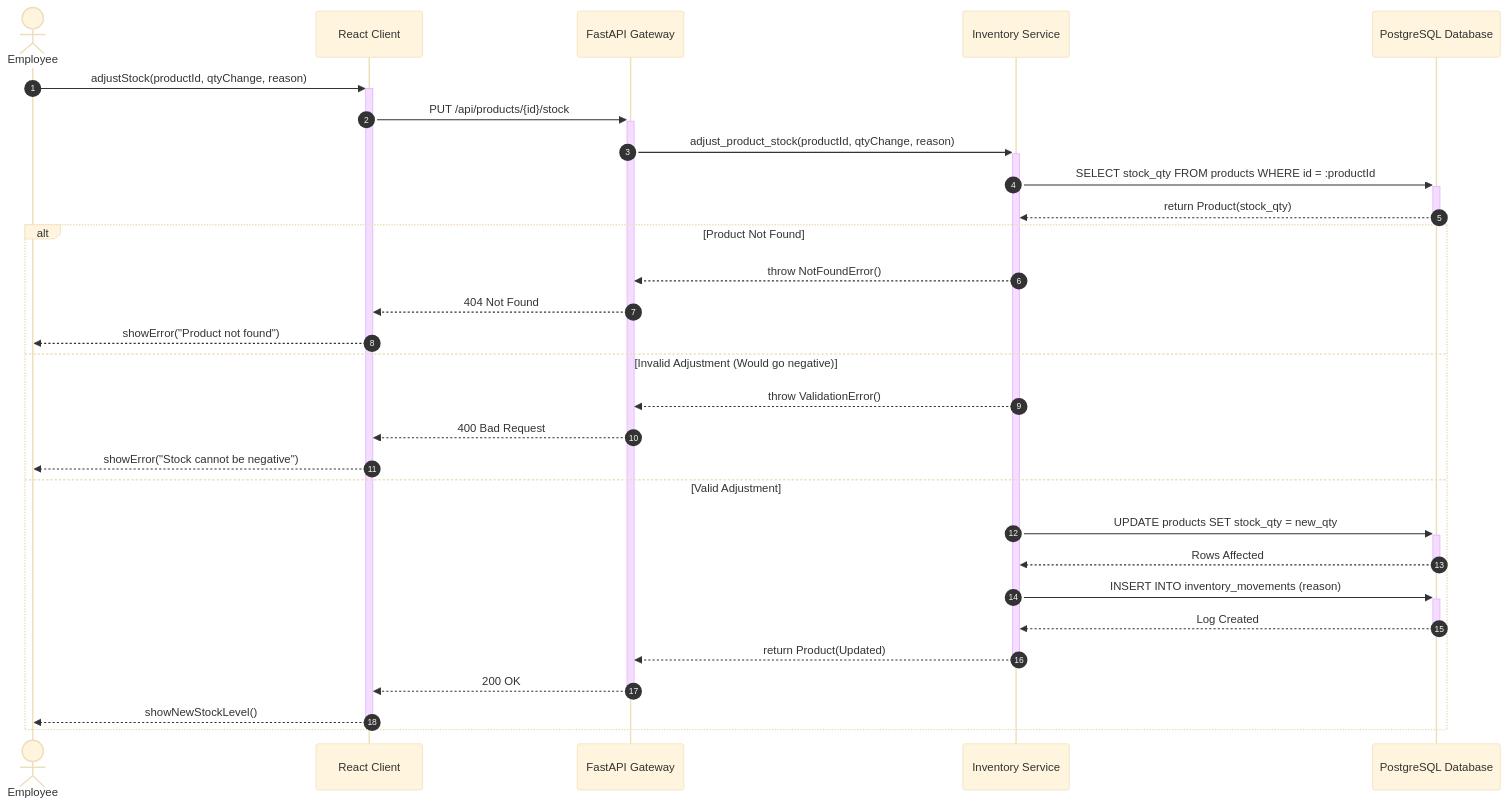
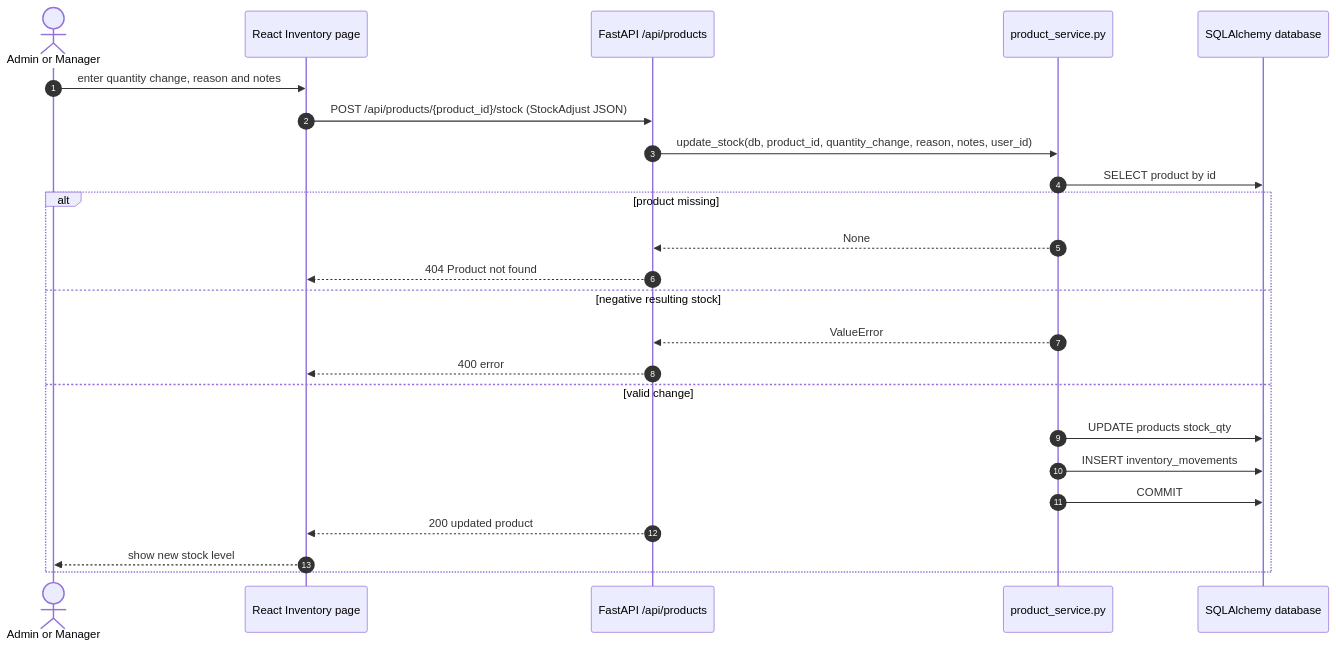
One commit to hyperS777/BizAI changed the diagram in docs/design-diagrams/09-sequence-stock-adjust.mmd. Above: the diagram before and after it, drawn with Mermaid. The commit also changed 35 other files, not shown here.

```diff
--- a/docs/design-diagrams/09-sequence-stock-adjust.mmd
+++ b/docs/design-diagrams/09-sequence-stock-adjust.mmd
@@ -1,33 +1,24 @@
-%%{init: {'theme': 'base', 'sequence': {'actorMargin': 150, 'messageMargin': 60}}}%%
 sequenceDiagram
     autonumber
-    actor U as Employee
-    participant FE as React Client
-    participant API as FastAPI Gateway
-    participant INV as Inventory Service
-    participant DB as PostgreSQL Database
-
-    U->>+FE: adjustStock(productId, qtyChange, reason)
-    FE->>+API: PUT /api/products/{id}/stock
-    API->>+INV: adjust_product_stock(productId, qtyChange, reason)
-    
-    INV->>+DB: SELECT stock_qty FROM products WHERE id = :productId
-    DB-->>-INV: return Product(stock_qty)
-    
-    alt Product Not Found
-        INV-->>API: throw NotFoundError()
-        API-->>FE: 404 Not Found
-        FE-->>U: showError("Product not found")
-    else Invalid Adjustment (Would go negative)
-        INV-->>API: throw ValidationError()
-        API-->>FE: 400 Bad Request
-        FE-->>U: showError("Stock cannot be negative")
-    else Valid Adjustment
-        INV->>+DB: UPDATE products SET stock_qty = new_qty
-        DB-->>-INV: Rows Affected
-        INV->>+DB: INSERT INTO inventory_movements (reason)
-        DB-->>-INV: Log Created
-        INV-->>-API: return Product(Updated)
-        API-->>-FE: 200 OK
-        FE-->>-U: showNewStockLevel()
+    actor U as Admin or Manager
+    participant FE as React Inventory page
+    participant API as FastAPI /api/products
+    participant PS as product_service.py
+    participant DB as SQLAlchemy database
+    U->>FE: enter quantity change, reason and notes
+    FE->>API: POST /api/products/{product_id}/stock (StockAdjust JSON)
+    API->>PS: update_stock(db, product_id, quantity_change, reason, notes, user_id)
+    PS->>DB: SELECT product by id
+    alt product missing
+        PS-->>API: None
+        API-->>FE: 404 Product not found
+    else negative resulting stock
+        PS-->>API: ValueError
+        API-->>FE: 400 error
+    else valid change
+        PS->>DB: UPDATE products stock_qty
+        PS->>DB: INSERT inventory_movements
+        PS->>DB: COMMIT
+        API-->>FE: 200 updated product
+        FE-->>U: show new stock level
     end
```
